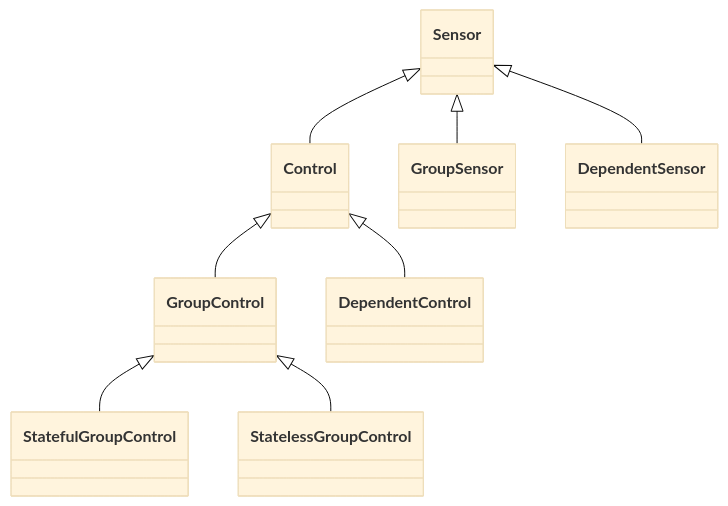
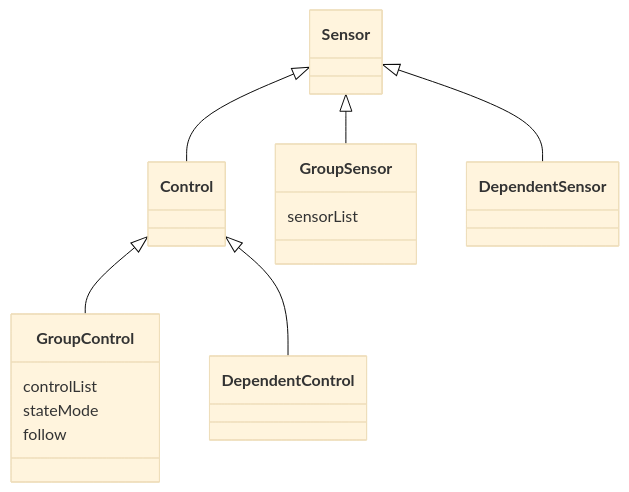
One commit to jbuehl/homealone changed the second of 7 diagrams in docs/README.resources.md. Above: the diagram before and after it, drawn with Mermaid (base theme). The commit also changed other lines of this file, not shown here.

Commit message:
Changes to Group resources

````diff
--- a/docs/README.resources.md
+++ b/docs/README.resources.md
@@ -54,10 +54,12 @@
 ```mermaid
 classDiagram
 	Sensor <|-- Control
     Sensor <|-- GroupSensor
+    GroupSensor: sensorList
     Control <|-- GroupControl
-    GroupControl <|-- StatefulGroupControl
-    GroupControl <|-- StatelessGroupControl
+    GroupControl: controlList
+    GroupControl: stateMode
+    GroupControl: follow
 	Sensor <|-- DependentSensor
 	Control <|-- DependentControl
 ```
````
